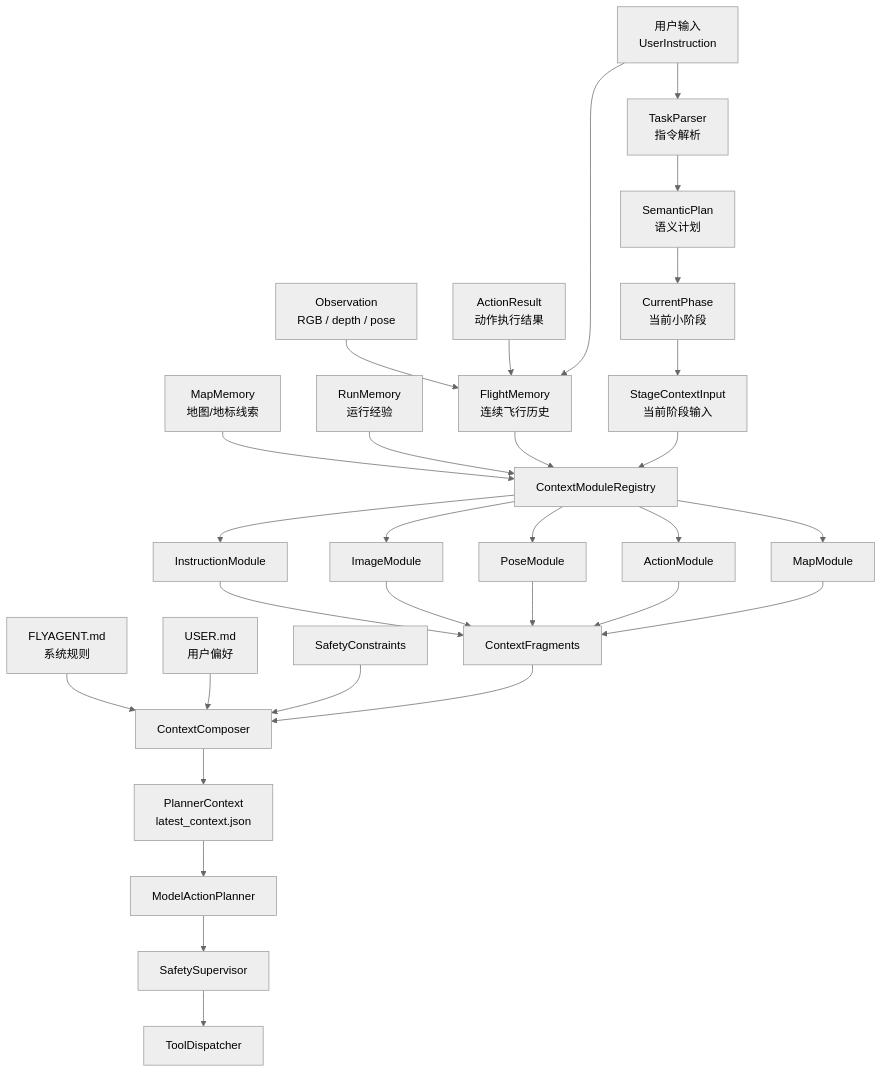
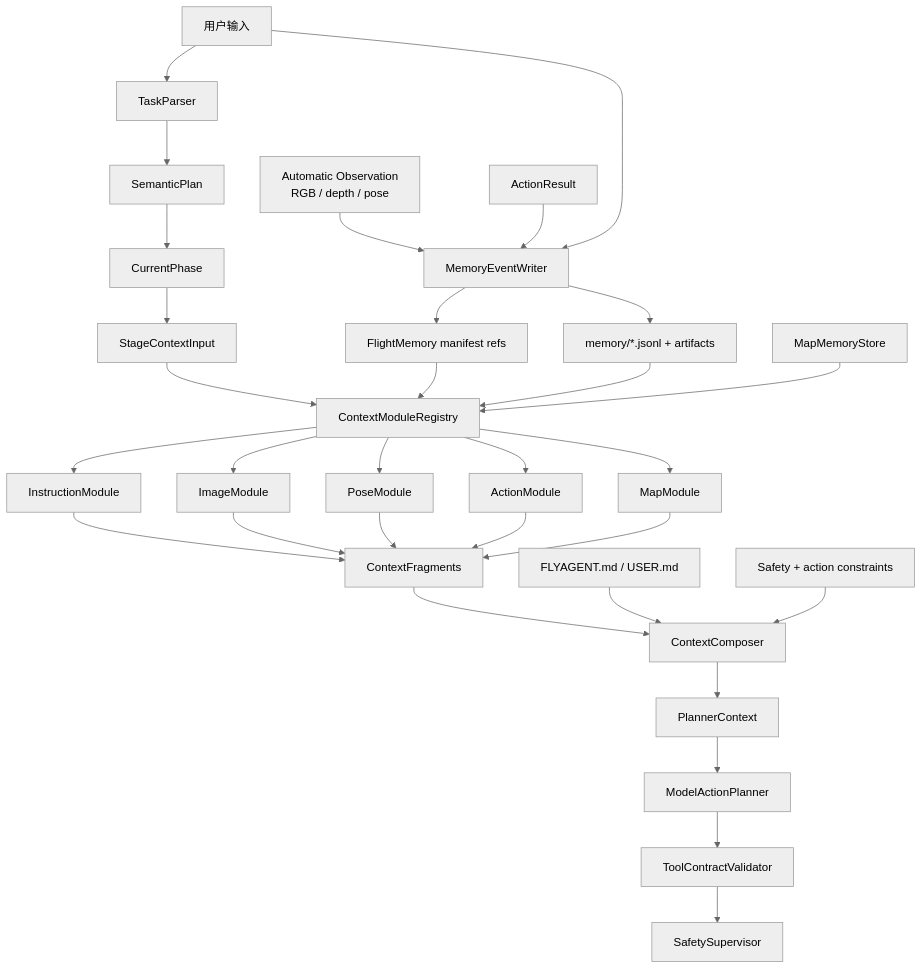
Before and after one commit to LZ6years/AeroPilot: the diagram in docs/memory_system/09_implementation_strategy.md, drawn with Mermaid (neutral theme). The commit also changed other lines of this file and 15 other files, not shown here.

Commit message:
Tighten model action planner contract

````diff
--- a/docs/memory_system/09_implementation_strategy.md
+++ b/docs/memory_system/09_implementation_strategy.md
@@ -7,39 +7,38 @@
 ```mermaid
 flowchart TD
-    U["用户输入<br/>UserInstruction"] --> TP["TaskParser<br/>指令解析"]
-    TP --> SP["SemanticPlan<br/>语义计划"]
-    SP --> PH["CurrentPhase<br/>当前小阶段"]
+    U["用户输入"] --> TP["TaskParser"]
+    TP --> SP["SemanticPlan"]
+    SP --> PH["CurrentPhase"]
+    PH --> SI["StageContextInput"]
 
-    PH --> SI["StageContextInput<br/>当前阶段输入"]
+    OBS["Automatic Observation<br/>RGB / depth / pose"] --> WR["MemoryEventWriter"]
+    ACT["ActionResult"] --> WR
+    U --> WR
+    WR --> JSONL["memory/*.jsonl + artifacts"]
+    WR --> FM["FlightMemory manifest refs"]
 
-    OBS["Observation<br/>RGB / depth / pose"] --> FM["FlightMemory<br/>连续飞行历史"]
-    ACT["ActionResult<br/>动作执行结果"] --> FM
-    U --> FM
-
-    MAP["MapMemory<br/>地图/地标线索"] --> REG["ContextModuleRegistry"]
-    RUN["RunMemory<br/>运行经验"] --> REG
+    SI --> REG["ContextModuleRegistry"]
     FM --> REG
-    SI --> REG
+    JSONL --> REG
+    MAPMEM["MapMemoryStore"] --> REG
 
     REG --> IM["InstructionModule"]
-    REG --> VM["ImageModule"]
+    REG --> IMG["ImageModule"]
     REG --> PM["PoseModule"]
     REG --> AM["ActionModule"]
     REG --> MM["MapModule"]
 
     IM --> FR["ContextFragments"]
-    VM --> FR
+    IMG --> FR
     PM --> FR
     AM --> FR
     MM --> FR
 
-    FLY["FLYAGENT.md<br/>系统规则"] --> CC["ContextComposer"]
-    USER["USER.md<br/>用户偏好"] --> CC
-    SAFE["SafetyConstraints"] --> CC
-    FR --> CC
-
-    CC --> PC["PlannerContext<br/>latest_context.json"]
-    PC --> PL["ModelActionPlanner"]
-    PL --> SS["SafetySupervisor"]
-    SS --> TD["ToolDispatcher"]
+    FR --> CC["ContextComposer"]
+    RULES["FLYAGENT.md / USER.md"] --> CC
+    SAFE["Safety + action constraints"] --> CC
+    CC --> PC["PlannerContext"]
+    PC --> MAP["ModelActionPlanner"]
+    MAP --> TCV["ToolContractValidator"]
+    TCV --> SS["SafetySupervisor"]
 ```
````
